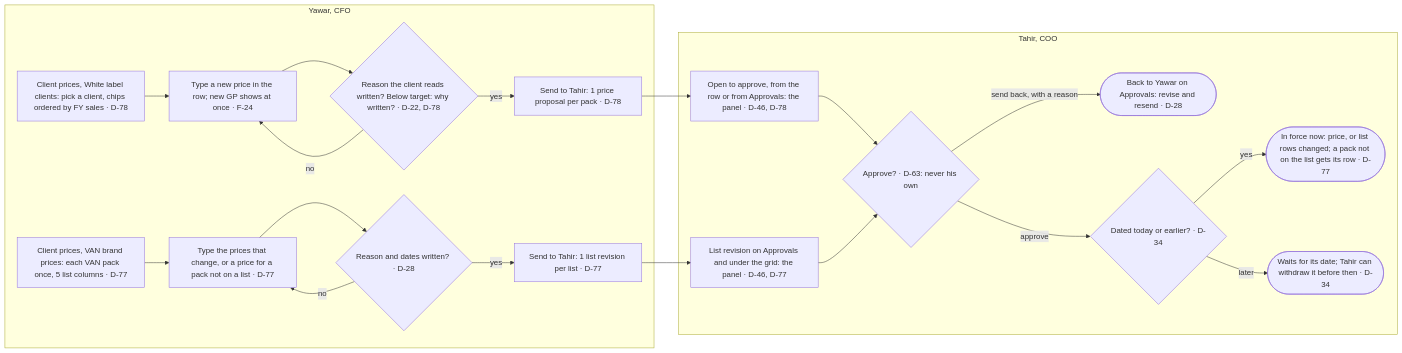
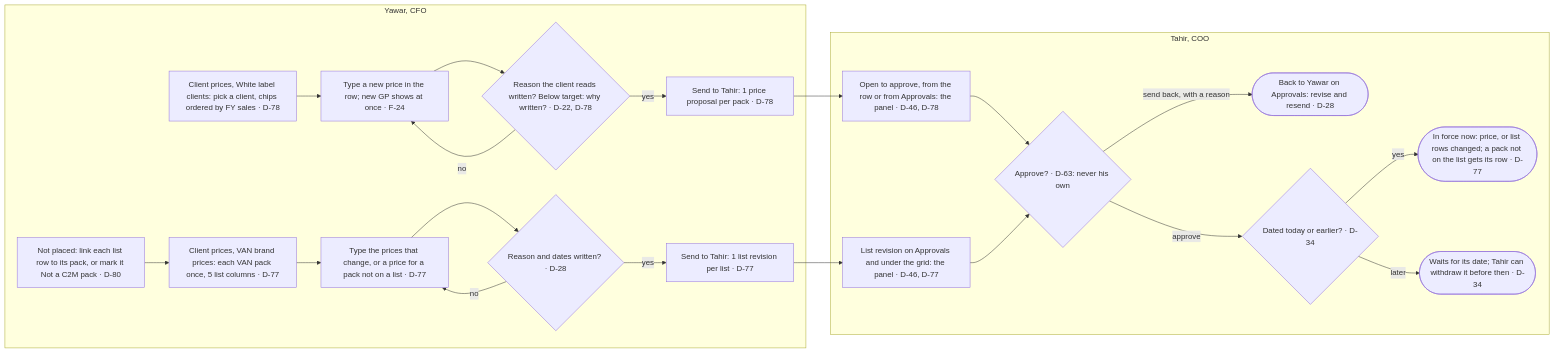
Diagram 18 of 18 in apps/c2m/docs/01-process-flows.md (taabbas1947-eng/VAN-OP), drawn with Mermaid before and after one commit. The commit also changed other lines of this file and 15 other files, not shown here.

````diff
--- a/apps/c2m/docs/01-process-flows.md
+++ b/apps/c2m/docs/01-process-flows.md
@@ -413,23 +414,24 @@
 ```mermaid
 flowchart LR
   subgraph Yawar [Yawar, CFO]
     W1[Client prices, White label clients: pick a client, chips ordered by FY sales · D-78] --> W2[Type a new price in the row; new GP shows at once · F-24]
     W2 --> W3{Reason the client reads written? Below target: why written? · D-22, D-78}
     W3 -- no --> W2
     W3 -- yes --> W4[Send to Tahir: 1 price proposal per pack · D-78]
+    V0[Not placed: link each list row to its pack, or mark it Not a C2M pack · D-80] --> V1
     V1[Client prices, VAN brand prices: each VAN pack once, 5 list columns · D-77] --> V2[Type the prices that change, or a price for a pack not on a list · D-77]
     V2 --> V3{Reason and dates written? · D-28}
     V3 -- no --> V2
     V3 -- yes --> V4[Send to Tahir: 1 list revision per list · D-77]
   end
   subgraph Tahir [Tahir, COO]
     W4 --> T1[Open to approve, from the row or from Approvals: the panel · D-46, D-78]
     V4 --> T2[List revision on Approvals and under the grid: the panel · D-46, D-77]
     T1 --> T3{Approve? · D-63: never his own}
     T2 --> T3
     T3 -- send back, with a reason --> SB([Back to Yawar on Approvals: revise and resend · D-28])
     T3 -- approve --> T4{Dated today or earlier? · D-34}
     T4 -- yes --> IN([In force now: price, or list rows changed; a pack not on the list gets its row · D-77])
     T4 -- later --> WT([Waits for its date; Tahir can withdraw it before then · D-34])
   end
 ```
````
